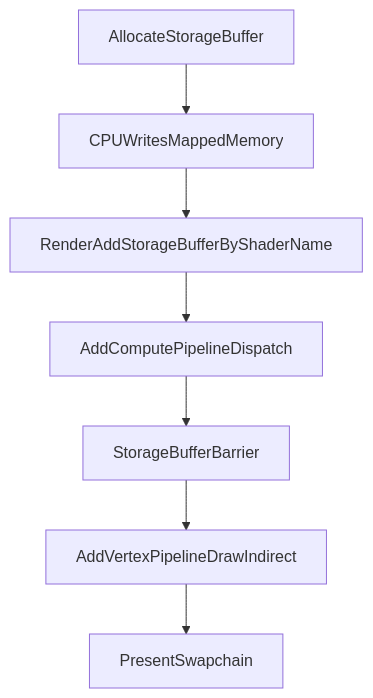
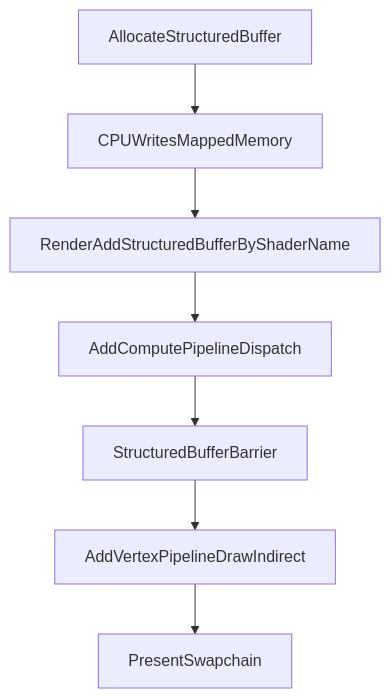
The diagram in docs/plans/compute_storage_buffers.md (jkelin/ez_gfx_api), drawn with Mermaid before and after one commit. The commit also changed other lines of this file and 11 other files, not shown here.

First line of the commit message:
Fix code review findings for structured buffers and compute pipelines

````diff
--- a/docs/plans/compute_storage_buffers.md
+++ b/docs/plans/compute_storage_buffers.md
@@ -44,9 +44,9 @@
 ```mermaid
 flowchart TD
-    alloc[AllocateStorageBuffer] --> cpuFill[CPUWritesMappedMemory]
-    cpuFill --> bind[RenderAddStorageBufferByShaderName]
+    alloc[AllocateStructuredBuffer] --> cpuFill[CPUWritesMappedMemory]
+    cpuFill --> bind[RenderAddStructuredBufferByShaderName]
     bind --> computeNode[AddComputePipelineDispatch]
-    computeNode --> barrier[StorageBufferBarrier]
+    computeNode --> barrier[StructuredBufferBarrier]
     barrier --> graphicsNode[AddVertexPipelineDrawIndirect]
     graphicsNode --> present[PresentSwapchain]
 ```
````
